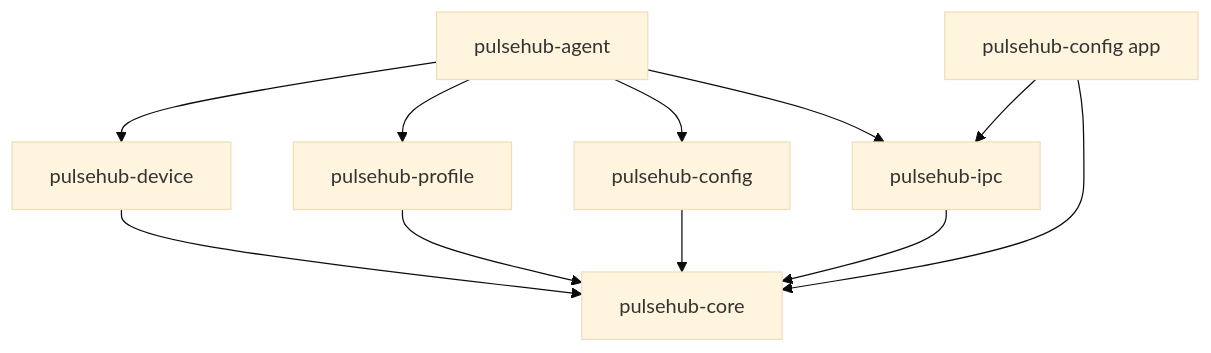
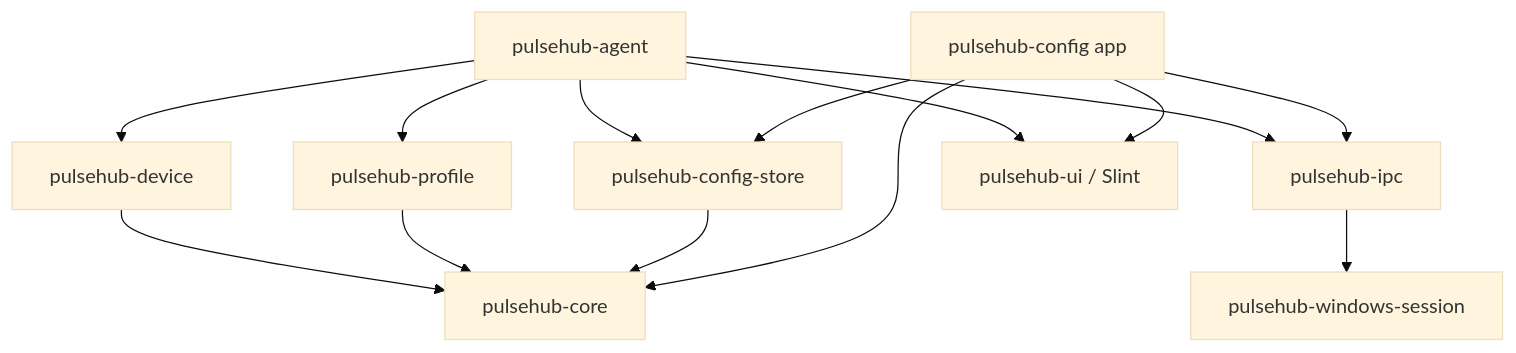
Before and after one commit to liukk222/PulseHub: the diagram in docs/implementation/02-workspace-and-modules.md, drawn with Mermaid (base theme). The commit also changed other lines of this file and 20 other files, not shown here.

````diff
--- a/docs/implementation/02-workspace-and-modules.md
+++ b/docs/implementation/02-workspace-and-modules.md
@@ -42,14 +45,17 @@
-~~~mermaid
+```mermaid
 flowchart TD
     Core["pulsehub-core"]
     Device["pulsehub-device"] --> Core
     Profile["pulsehub-profile"] --> Core
-    Config["pulsehub-config"] --> Core
-    IPC["pulsehub-ipc"] --> Core
+    ConfigStore["pulsehub-config-store"] --> Core
+    IPC["pulsehub-ipc"] --> WindowsSession["pulsehub-windows-session"]
     Agent["pulsehub-agent"] --> Device
     Agent --> Profile
-    Agent --> Config
+    Agent --> ConfigStore
     Agent --> IPC
-    UI["pulsehub-config app"] --> IPC
+    Agent --> UIIntegration["pulsehub-ui / Slint"]
+    UI["pulsehub-config app"] --> ConfigStore
+    UI --> IPC
     UI --> Core
-~~~
+    UI --> UIIntegration
+```
````
